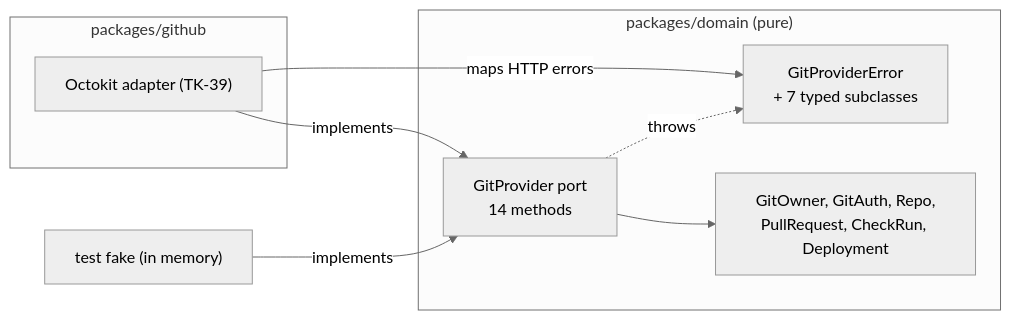
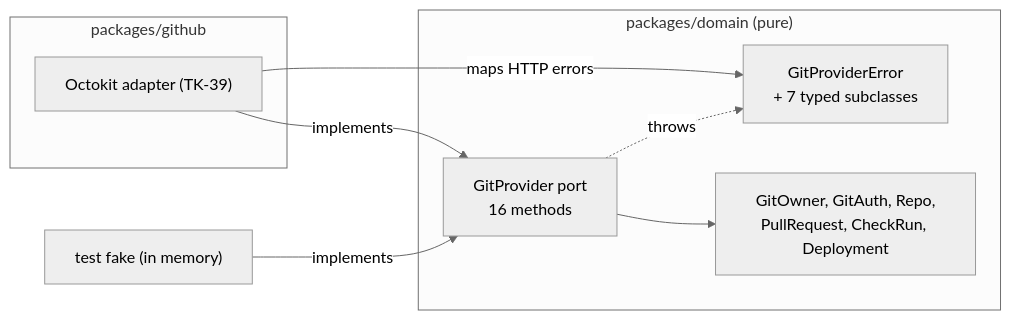
Before and after one commit to koklo-dev/koklo: diagram 21 of 31 in docs/architecture.md, drawn with Mermaid (neutral theme). The commit also changed other lines of this file and 38 other files, not shown here.

````diff
--- a/docs/architecture.md
+++ b/docs/architecture.md
@@ -635,17 +635,17 @@
 ```mermaid
 flowchart LR
   subgraph domain["packages/domain (pure)"]
-    Port["GitProvider port<br/>14 methods"]
+    Port["GitProvider port<br/>16 methods"]
     Types["GitOwner, GitAuth, Repo,<br/>PullRequest, CheckRun, Deployment"]
     Errors["GitProviderError<br/>+ 7 typed subclasses"]
     Port --> Types
     Port -. throws .-> Errors
   end
   subgraph github["packages/github"]
     Adapter["Octokit adapter (TK-39)"]
   end
   Fake["test fake (in memory)"]
   Adapter -- implements --> Port
   Fake -- implements --> Port
   Adapter -- maps HTTP errors --> Errors
 ```
````
